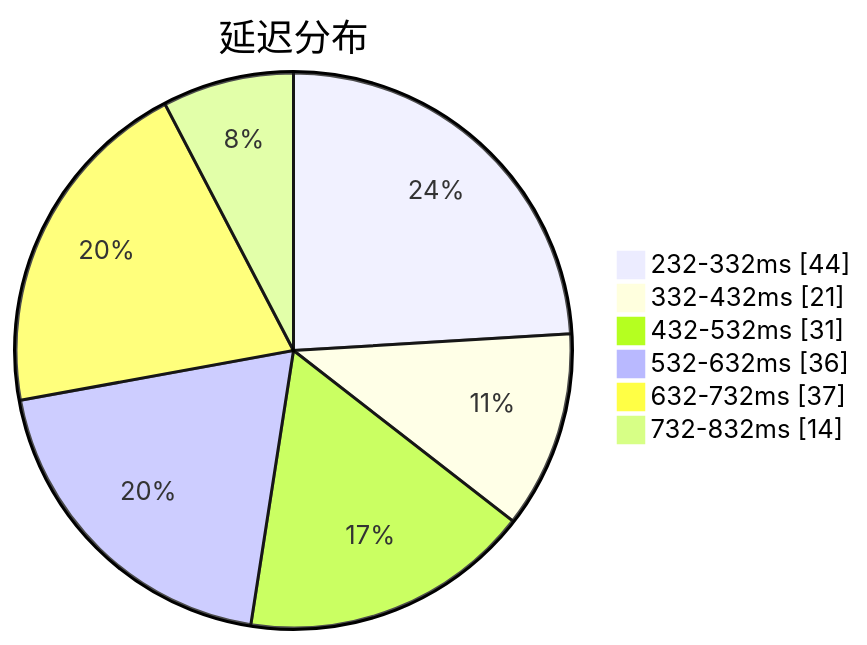
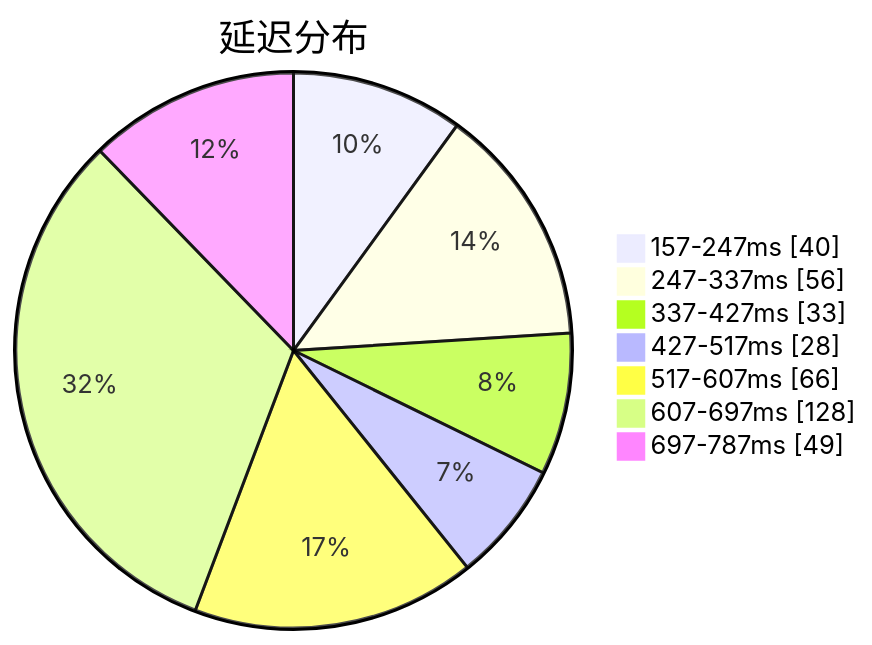
Before and after one commit to qjlxg/airport: the first of 3 diagrams in subs/statistics/tested_within.md, drawn with Mermaid. The commit also changed other lines of this file and 2 other files, not shown here.

````diff
--- a/subs/statistics/tested_within.md
+++ b/subs/statistics/tested_within.md
@@ -2,10 +2,11 @@
 ```mermaid
 pie showData
 title 延迟分布
-"232-332ms" : 44
-"332-432ms" : 21
-"432-532ms" : 31
-"532-632ms" : 36
-"632-732ms" : 37
-"732-832ms" : 14
+"157-247ms" : 40
+"247-337ms" : 56
+"337-427ms" : 33
+"427-517ms" : 28
+"517-607ms" : 66
+"607-697ms" : 128
+"697-787ms" : 49
 ```
````
